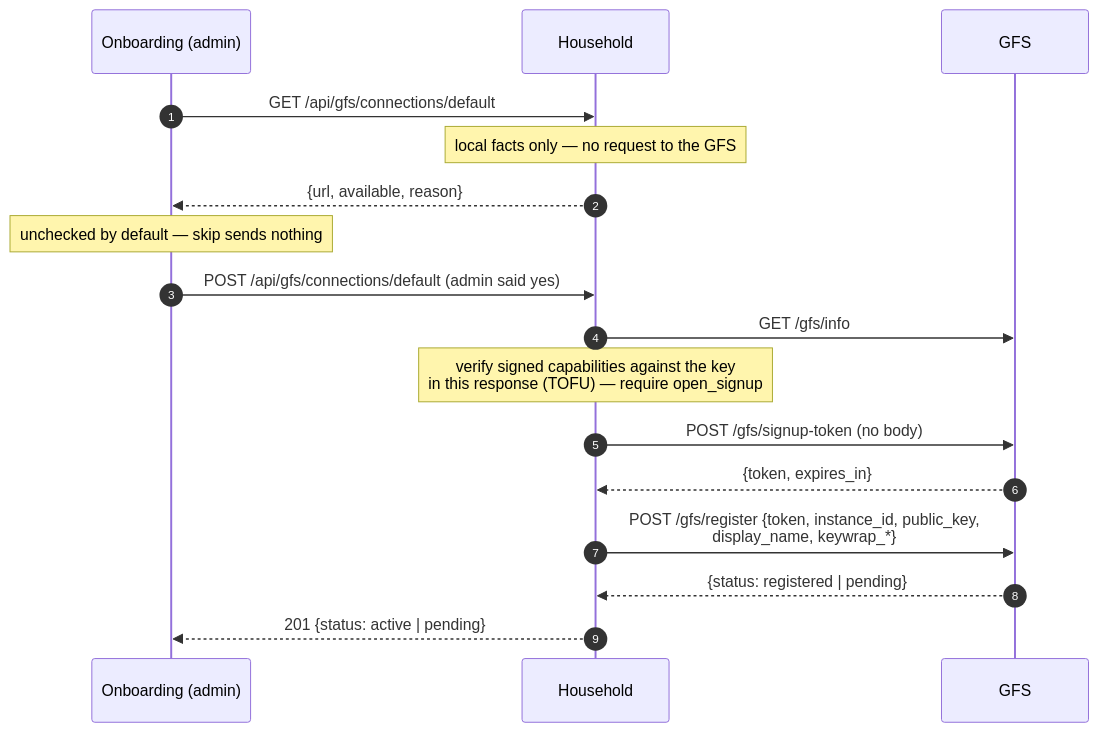
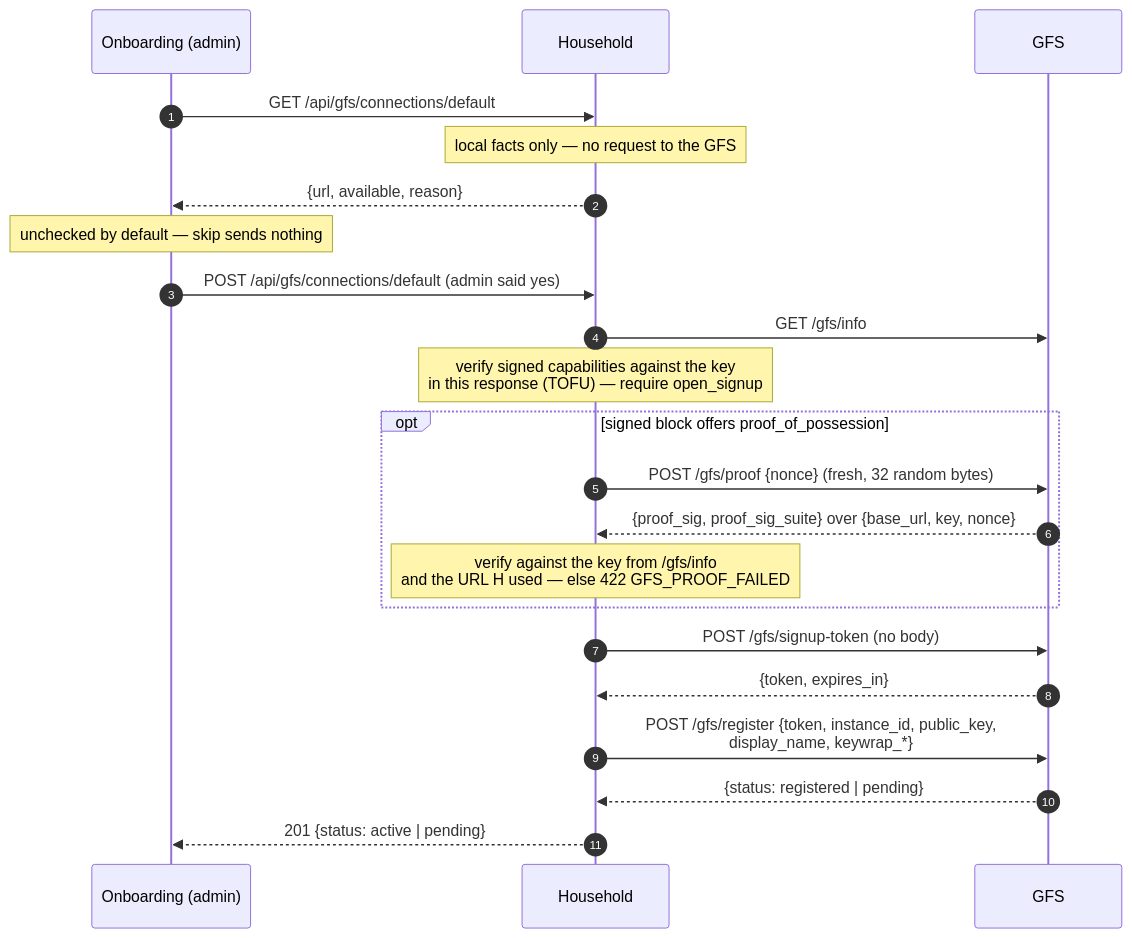
One commit to social-home-io/socialhome changed the second of 9 diagrams in docs/protocol/discovery.md. Above: the diagram before and after it, drawn with Mermaid. The commit also changed other lines of this file and 38 other files, not shown here.

First line of the commit message:
A household proves a GFS holds its key before pairing, and keeps requiring it (#873)

````diff
--- a/docs/protocol/discovery.md
+++ b/docs/protocol/discovery.md
@@ -484,19 +484,24 @@
 ```mermaid
 sequenceDiagram
     autonumber
     participant SPA as Onboarding (admin)
     participant H as Household
     participant G as GFS
     SPA->>H: GET /api/gfs/connections/default
     Note over H: local facts only — no request to the GFS
     H-->>SPA: {url, available, reason}
     Note over SPA: unchecked by default — skip sends nothing
     SPA->>H: POST /api/gfs/connections/default (admin said yes)
     H->>G: GET /gfs/info
     Note over H: verify signed capabilities against the key<br/>in this response (TOFU) — require open_signup
+    opt signed block offers proof_of_possession
+        H->>G: POST /gfs/proof {nonce} (fresh, 32 random bytes)
+        G-->>H: {proof_sig, proof_sig_suite} over {base_url, key, nonce}
+        Note over H: verify against the key from /gfs/info<br/>and the URL H used — else 422 GFS_PROOF_FAILED
+    end
     H->>G: POST /gfs/signup-token (no body)
     G-->>H: {token, expires_in}
     H->>G: POST /gfs/register {token, instance_id, public_key,<br/>display_name, keywrap_*}
     G-->>H: {status: registered | pending}
     H-->>SPA: 201 {status: active | pending}
 ```
````
